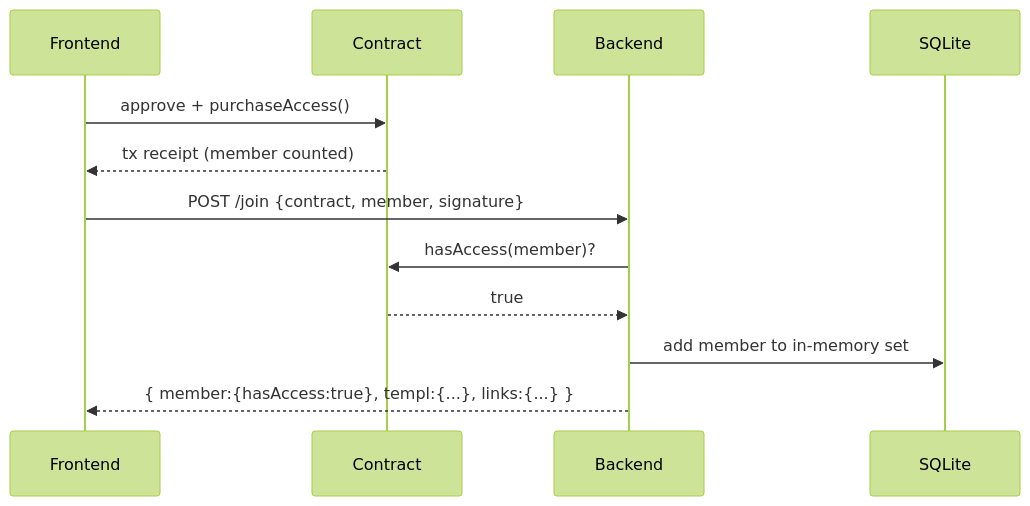
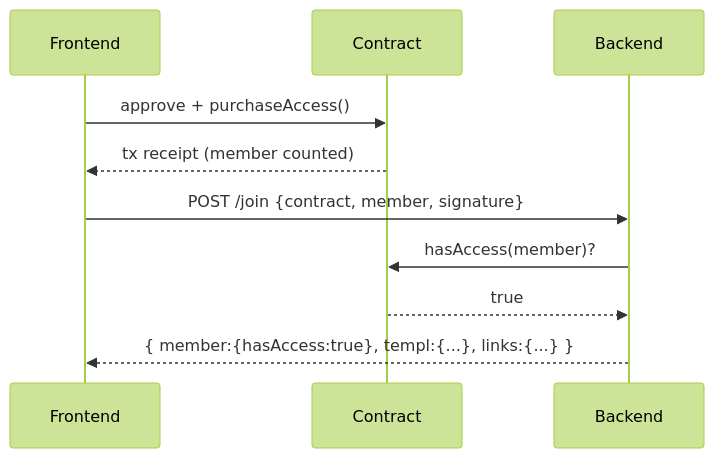
The fourth of 10 diagrams in docs/CORE_FLOW_DOCS.MD (templ-fun/evm-protocol), drawn with Mermaid (forest theme) before and after one commit. The commit also changed other lines of this file and 3 other files, not shown here.

````diff
--- a/docs/CORE_FLOW_DOCS.MD
+++ b/docs/CORE_FLOW_DOCS.MD
@@ -56,14 +55,12 @@
 ```mermaid
 sequenceDiagram
     participant F as Frontend
     participant C as Contract
     participant B as Backend
-    participant D as SQLite
     F->>C: approve + purchaseAccess()
     C-->>F: tx receipt (member counted)
     F->>B: POST /join {contract, member, signature}
     B->>C: hasAccess(member)?
     C-->>B: true
-    B->>D: add member to in-memory set
     B-->>F: { member:{hasAccess:true}, templ:{...}, links:{...} }
 ```
````
